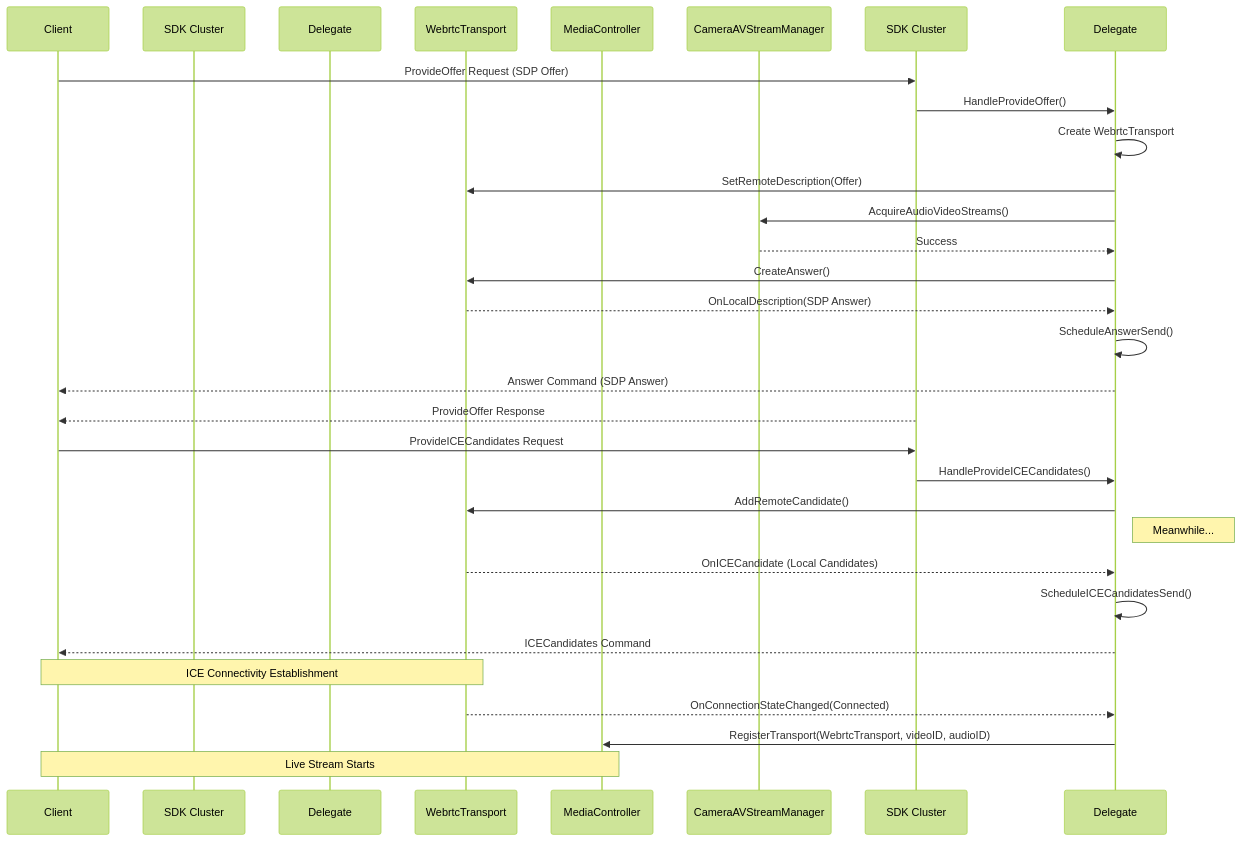
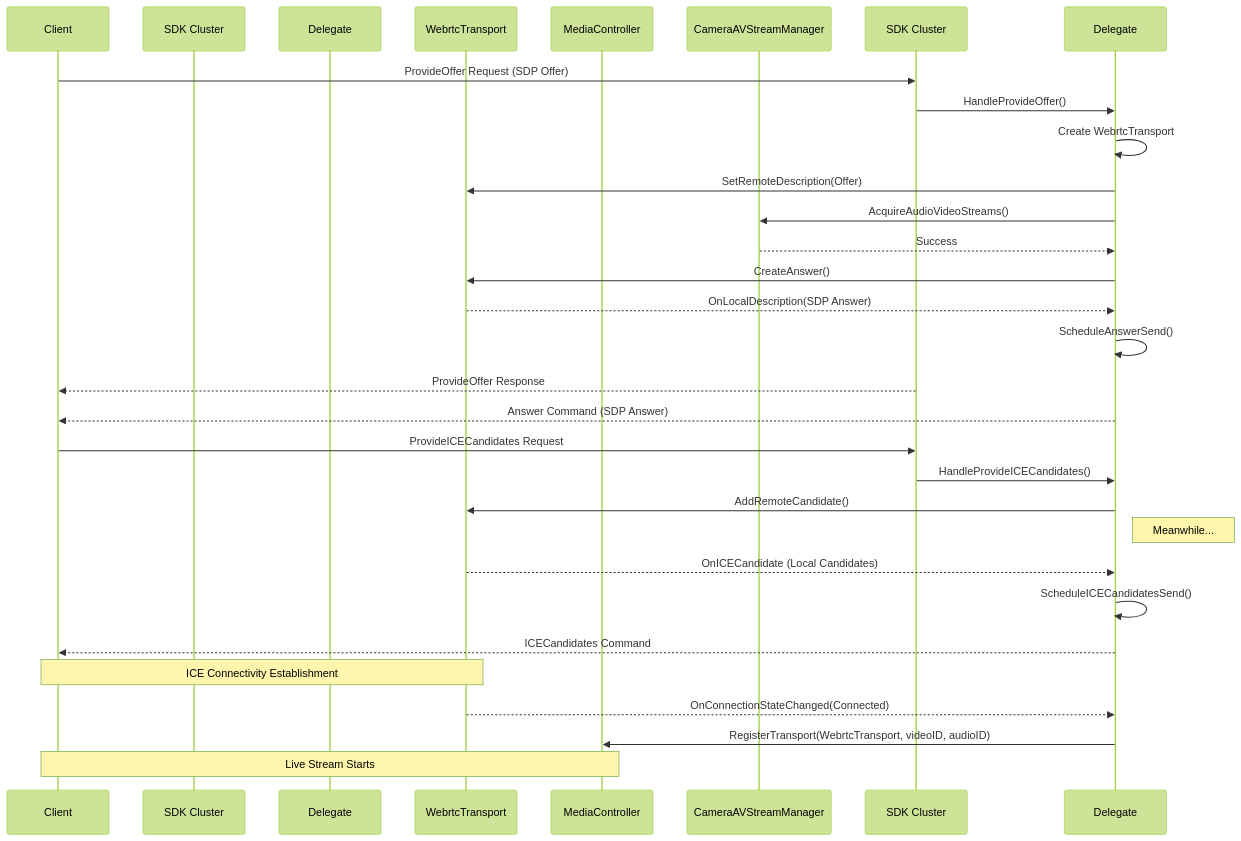
The fourth of 5 diagrams in examples/camera-app/linux/doc/camera-app-architecture.md (project-chip/connectedhomeip), drawn with Mermaid (forest theme) before and after one commit. The commit also changed other lines of this file, not shown here.

````diff
--- a/examples/camera-app/linux/doc/camera-app-architecture.md
+++ b/examples/camera-app/linux/doc/camera-app-architecture.md
@@ -236,34 +245,34 @@
 ```mermaid
 sequenceDiagram
     participant Client
     participant WebRTCTransportProviderServer as SDK Cluster
     participant WebRTCProviderManager as Delegate
     participant WebrtcTransport
     participant MediaController
     participant CameraAVStreamManager
 
     Client ->> SDK Cluster: ProvideOffer Request (SDP Offer)
     SDK Cluster ->> Delegate: HandleProvideOffer()
     Delegate ->> Delegate: Create WebrtcTransport
     Delegate ->> WebrtcTransport: SetRemoteDescription(Offer)
     Delegate ->> CameraAVStreamManager: AcquireAudioVideoStreams()
     CameraAVStreamManager -->> Delegate: Success
     Delegate ->> WebrtcTransport: CreateAnswer()
     WebrtcTransport -->> Delegate: OnLocalDescription(SDP Answer)
     Delegate ->> Delegate: ScheduleAnswerSend()
+    SDK Cluster -->> Client: ProvideOffer Response
     Delegate -->> Client: Answer Command (SDP Answer)
-    SDK Cluster -->> Client: ProvideOffer Response
 
     Client ->> SDK Cluster: ProvideICECandidates Request
     SDK Cluster ->> Delegate: HandleProvideICECandidates()
     Delegate ->> WebrtcTransport: AddRemoteCandidate()
     Note right of Delegate: Meanwhile...
     WebrtcTransport -->> Delegate: OnICECandidate (Local Candidates)
     Delegate ->> Delegate: ScheduleICECandidatesSend()
     Delegate -->> Client: ICECandidates Command
 
     Note over Client, WebrtcTransport: ICE Connectivity Establishment
     WebrtcTransport -->> Delegate: OnConnectionStateChanged(Connected)
     Delegate ->> MediaController: RegisterTransport(WebrtcTransport, videoID, audioID)
     Note over Client, MediaController: Live Stream Starts
 ```
````
